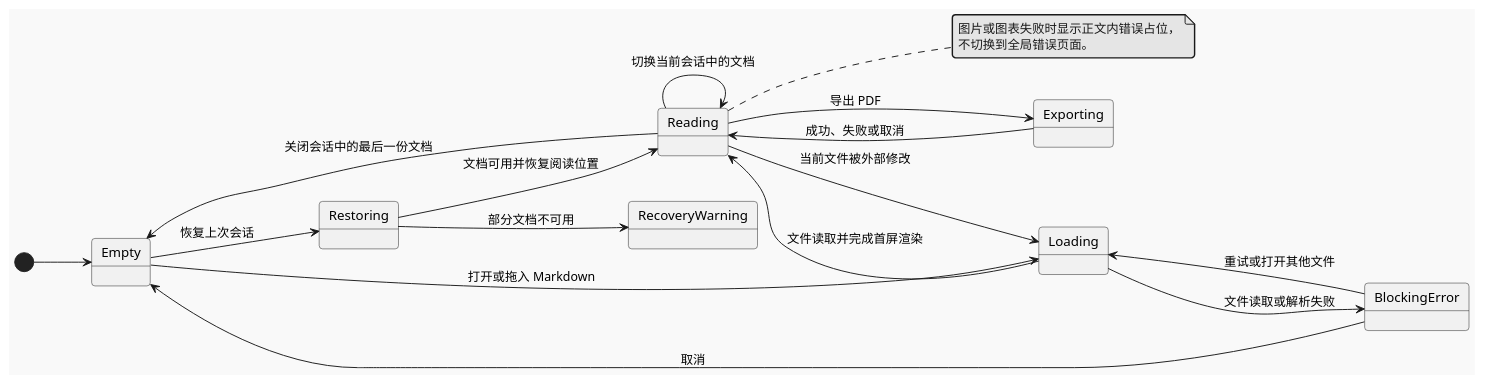
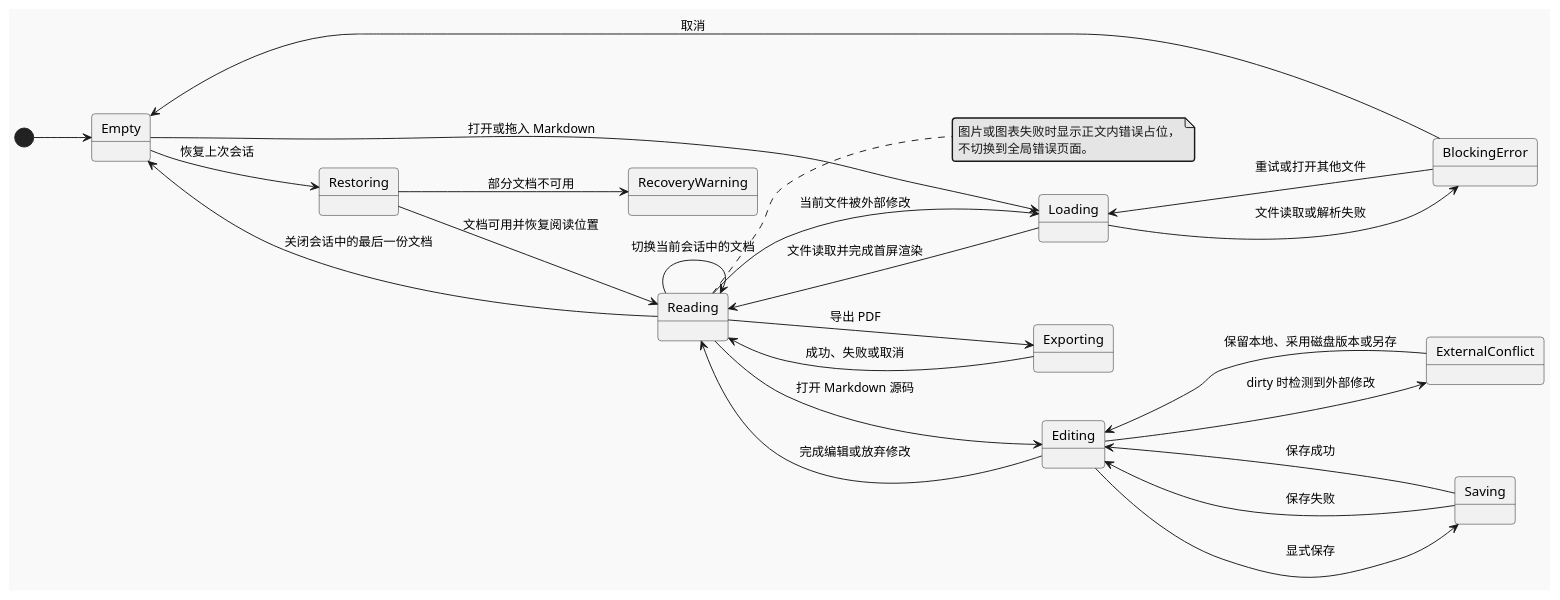
One commit to def-peter/fuxian changed the diagram in docs/design/interface-prototype.md. Above: the diagram before and after it, drawn with PlantUML. The commit also changed other lines of this file and 22 other files, not shown here.

Commit message:
feat(desktop): add lightweight Markdown source editing

````diff
--- a/docs/design/interface-prototype.md
+++ b/docs/design/interface-prototype.md
@@ -44,27 +44,34 @@
 ```plantuml
 @startuml
 !theme mars
 skinparam defaultFontName "PingFang SC"
 left to right direction
 
 [*] --> Empty
 Empty --> Restoring : 恢复上次会话
 Empty --> Loading : 打开或拖入 Markdown
 Restoring --> Reading : 文档可用并恢复阅读位置
 Restoring --> RecoveryWarning : 部分文档不可用
 Loading --> Reading : 文件读取并完成首屏渲染
 Loading --> BlockingError : 文件读取或解析失败
 BlockingError --> Loading : 重试或打开其他文件
 BlockingError --> Empty : 取消
+Reading --> Editing : 打开 Markdown 源码
+Editing --> Saving : 显式保存
+Saving --> Editing : 保存成功
+Saving --> Editing : 保存失败
+Editing --> ExternalConflict : dirty 时检测到外部修改
+ExternalConflict --> Editing : 保留本地、采用磁盘版本或另存
+Editing --> Reading : 完成编辑或放弃修改
 Reading --> Loading : 当前文件被外部修改
 Reading --> Reading : 切换当前会话中的文档
 Reading --> Exporting : 导出 PDF
 Exporting --> Reading : 成功、失败或取消
 Reading --> Empty : 关闭会话中的最后一份文档
 
 note right of Reading
 图片或图表失败时显示正文内错误占位，
 不切换到全局错误页面。
 end note
 @enduml
 ```
````
